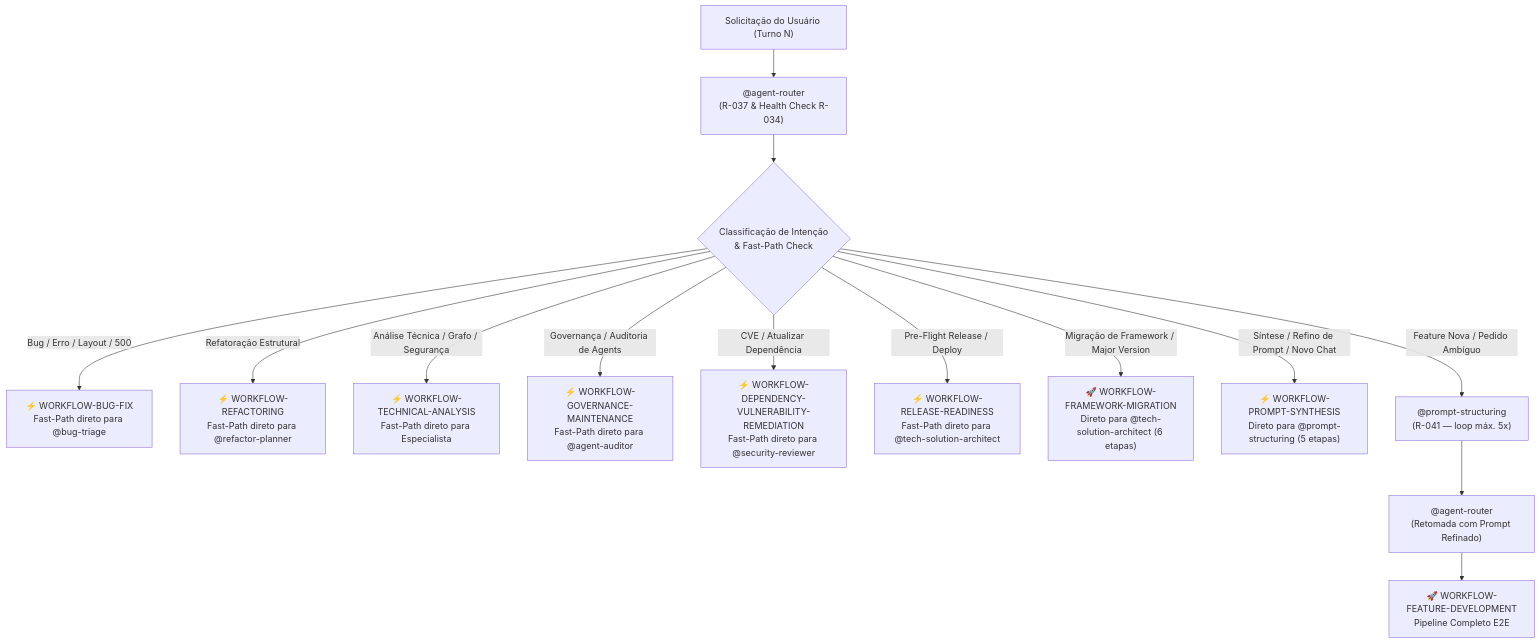
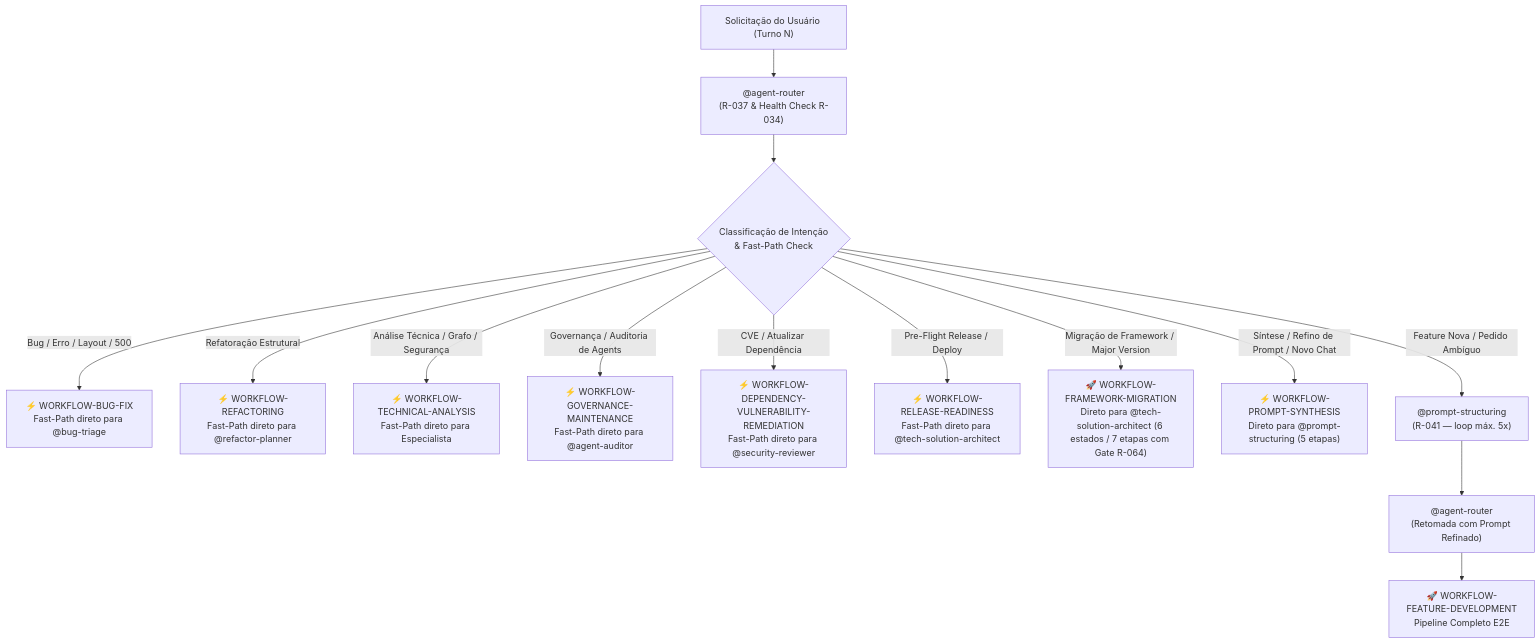
One commit to jezreel8858/deep-agents-copilot changed the second of 2 diagrams in .github/agents/workflows.md. Above: the diagram before and after it, drawn with Mermaid. The commit also changed other lines of this file and 15 other files, not shown here.

````diff
--- a/.github/agents/workflows.md
+++ b/.github/agents/workflows.md
@@ -107,18 +107,18 @@
 ```mermaid
 flowchart TD
     UserReq["Solicitação do Usuário (Turno N)"] --> Router["@agent-router\n(R-037 & Health Check R-034)"]
     Router --> IntentEval{"Classificação de Intenção\n& Fast-Path Check"}
 
     IntentEval -- "Bug / Erro / Layout / 500" --> WF1["⚡ WORKFLOW-BUG-FIX\nFast-Path direto para @bug-triage"]
     IntentEval -- "Refatoração Estrutural" --> WF2["⚡ WORKFLOW-REFACTORING\nFast-Path direto para @refactor-planner"]
     IntentEval -- "Análise Técnica / Grafo / Segurança" --> WF3["⚡ WORKFLOW-TECHNICAL-ANALYSIS\nFast-Path direto para Especialista"]
     IntentEval -- "Governança / Auditoria de Agents" --> WF5["⚡ WORKFLOW-GOVERNANCE-MAINTENANCE\nFast-Path direto para @agent-auditor"]
     IntentEval -- "CVE / Atualizar Dependência" --> WF6["⚡ WORKFLOW-DEPENDENCY-VULNERABILITY-REMEDIATION\nFast-Path direto para @security-reviewer"]
     IntentEval -- "Pre-Flight Release / Deploy" --> WF8["⚡ WORKFLOW-RELEASE-READINESS\nFast-Path direto para @tech-solution-architect"]
-    IntentEval -- "Migração de Framework / Major Version" --> WF7["🚀 WORKFLOW-FRAMEWORK-MIGRATION\nDireto para @tech-solution-architect (6 etapas)"]
+    IntentEval -- "Migração de Framework / Major Version" --> WF7["🚀 WORKFLOW-FRAMEWORK-MIGRATION\nDireto para @tech-solution-architect (6 estados / 7 etapas com Gate R-064)"]
     IntentEval -- "Síntese / Refino de Prompt / Novo Chat" --> WF9["⚡ WORKFLOW-PROMPT-SYNTHESIS\nDireto para @prompt-structuring (5 etapas)"]
     IntentEval -- "Feature Nova / Pedido Ambíguo" --> Structuring["@prompt-structuring\n(R-041 — loop máx. 5x)"]
 
     Structuring --> RouterRet["@agent-router\n(Retomada com Prompt Refinado)"]
     RouterRet --> WF4["🚀 WORKFLOW-FEATURE-DEVELOPMENT\nPipeline Completo E2E"]
 ```
````
